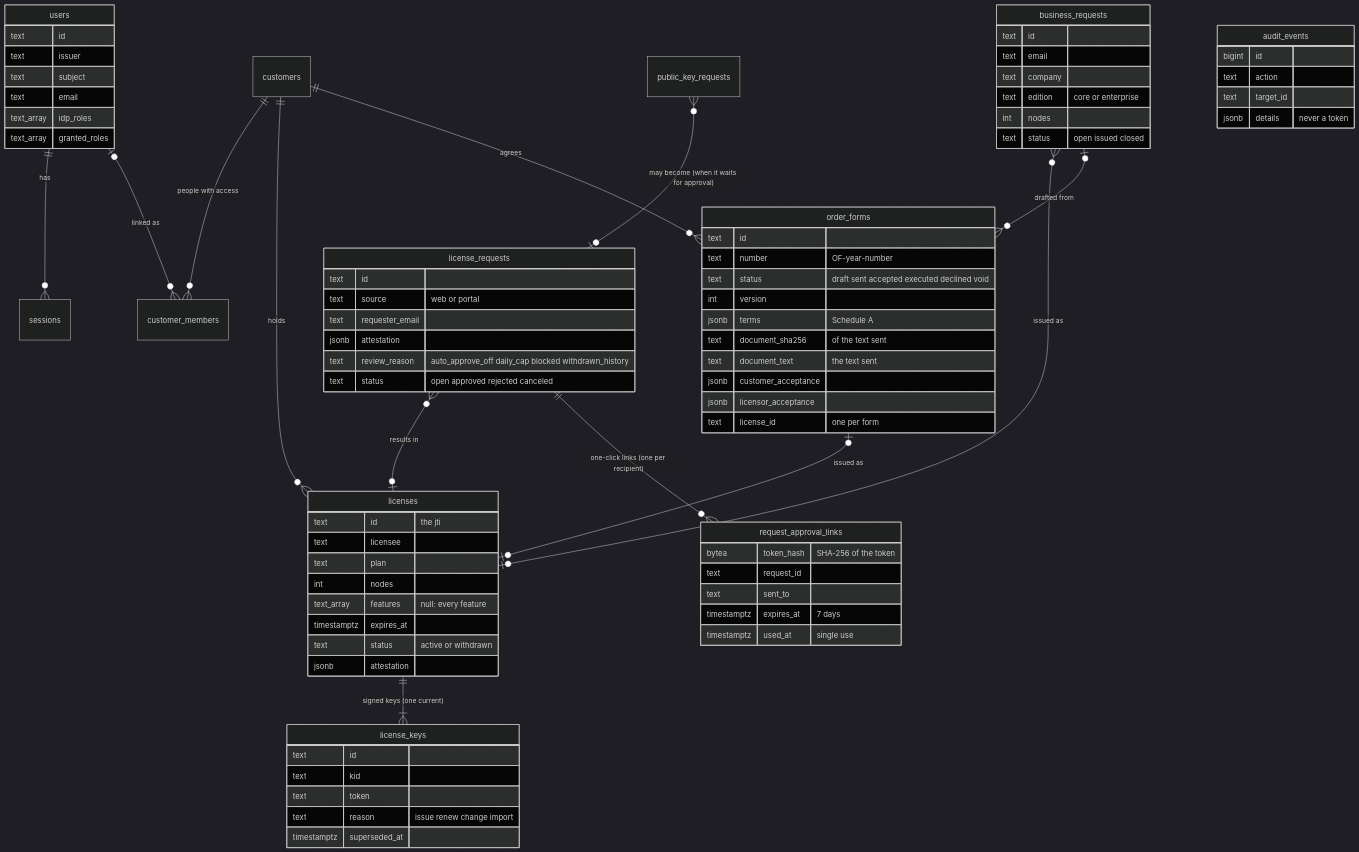
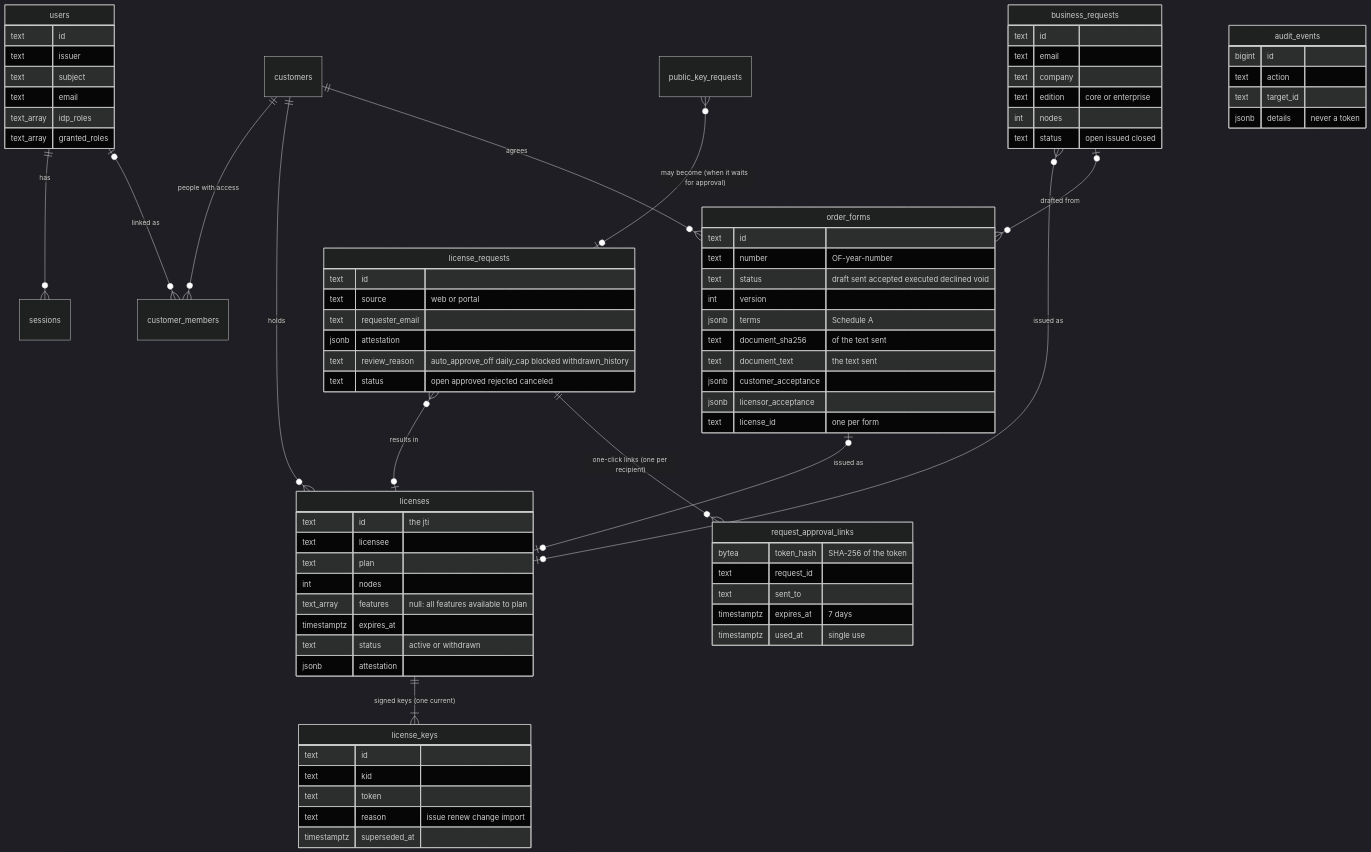
Before and after one commit to robertherbaugh/kudurru: the tenth of 10 diagrams in license-server/docs/architecture.md, drawn with Mermaid (dark theme). The commit also changed other lines of this file and 14 other files, not shown here.

````diff
--- a/license-server/docs/architecture.md
+++ b/license-server/docs/architecture.md
@@ -289,81 +295,81 @@
 ```mermaid
 erDiagram
     users ||--o{ sessions : has
     users |o--o{ customer_members : "linked as"
     customers ||--o{ customer_members : "people with access"
     customers ||--o{ licenses : holds
     licenses ||--|{ license_keys : "signed keys (one current)"
     license_requests }o--o| licenses : "results in"
     license_requests ||--o{ request_approval_links : "one-click links (one per recipient)"
     public_key_requests }o--o| license_requests : "may become (when it waits for approval)"
     business_requests }o--o| licenses : "issued as"
     customers ||--o{ order_forms : "agrees"
     business_requests |o--o{ order_forms : "drafted from"
     order_forms |o--o| licenses : "issued as"
     users {
         text id
         text issuer
         text subject
         text email
         text_array idp_roles
         text_array granted_roles
     }
     licenses {
         text id "the jti"
         text licensee
         text plan
         int nodes
-        text_array features "null: every feature"
+        text_array features "null: all features available to plan"
         timestamptz expires_at
         text status "active or withdrawn"
         jsonb attestation
     }
     license_keys {
         text id
         text kid
         text token
         text reason "issue renew change import"
         timestamptz superseded_at
     }
     license_requests {
         text id
         text source "web or portal"
         text requester_email
         jsonb attestation
         text review_reason "auto_approve_off daily_cap blocked withdrawn_history"
         text status "open approved rejected canceled"
     }
     business_requests {
         text id
         text email
         text company
         text edition "core or enterprise"
         int nodes
         text status "open issued closed"
     }
     order_forms {
         text id
         text number "OF-year-number"
         text status "draft sent accepted executed declined void"
         int version
         jsonb terms "Schedule A"
         text document_sha256 "of the text sent"
         text document_text "the text sent"
         jsonb customer_acceptance
         jsonb licensor_acceptance
         text license_id "one per form"
     }
     request_approval_links {
         bytea token_hash "SHA-256 of the token"
         text request_id
         text sent_to
         timestamptz expires_at "7 days"
         timestamptz used_at "single use"
     }
     audit_events {
         bigint id
         text action
         text target_id
         jsonb details "never a token"
     }
 ```
````
